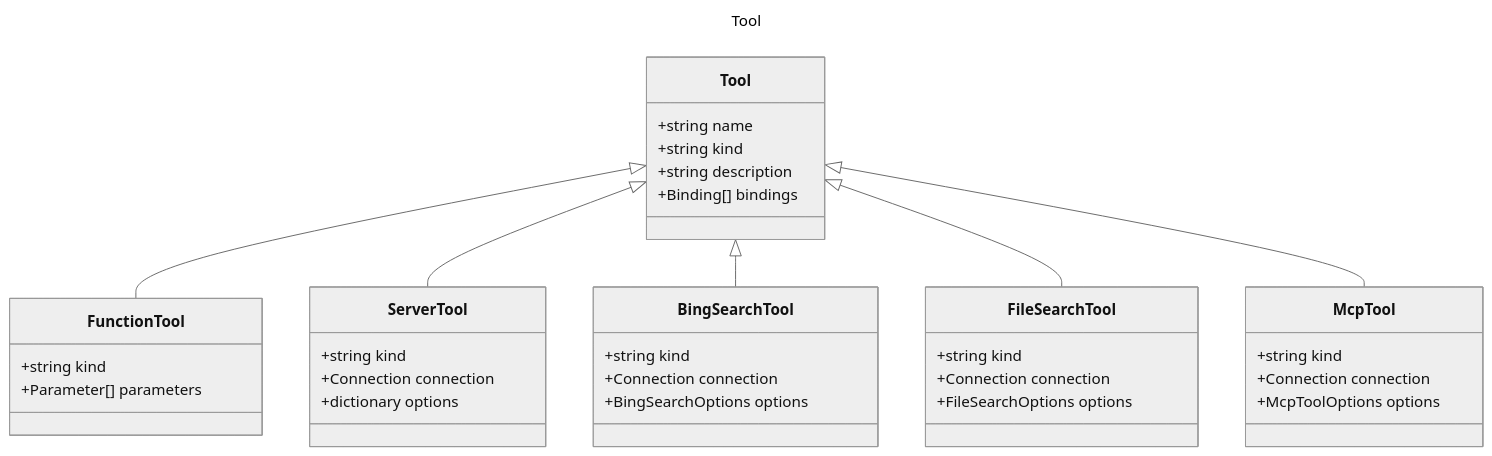
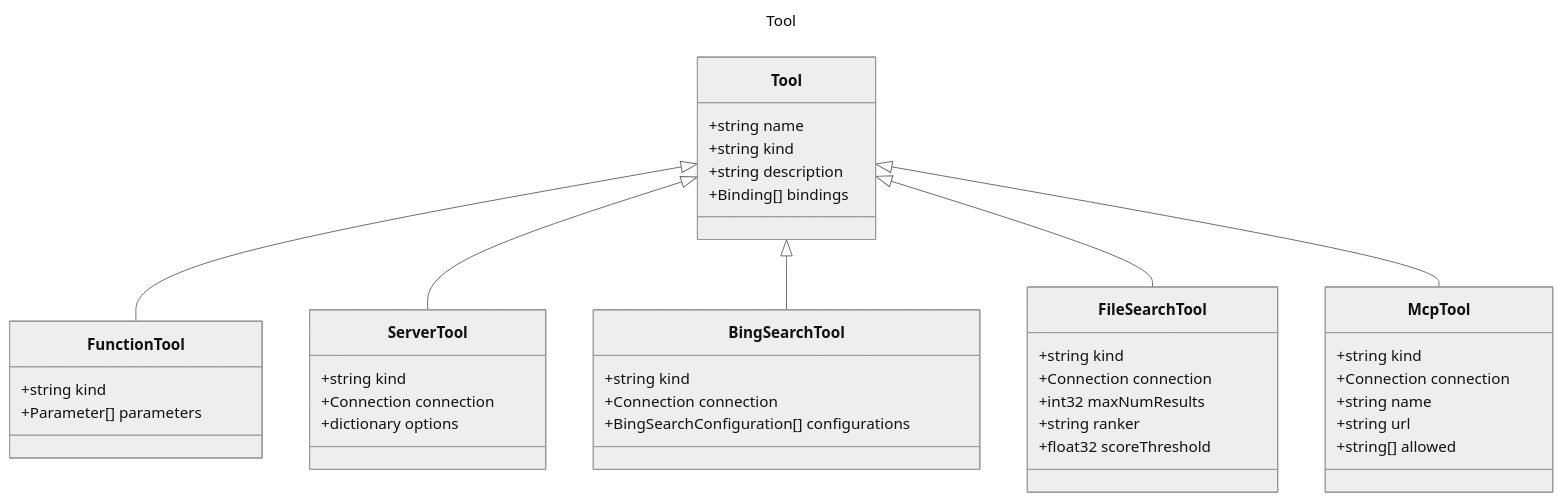
One commit to microsoft/prompty changed the diagram in specification/prompty/docs/Tool.md. Above: the diagram before and after it, drawn with Mermaid (neutral theme). The commit also changed 14 other files, not shown here.

````diff
--- a/specification/prompty/docs/Tool.md
+++ b/specification/prompty/docs/Tool.md
@@ -7,41 +7,45 @@
 ```mermaid
 ---
 title: Tool
 ---
 classDiagram
     class Tool {
         +string name
         +string kind
         +string description
         +Binding[] bindings
     }
     class FunctionTool {
         +string kind
         +Parameter[] parameters
     }
     Tool <|-- FunctionTool
     class ServerTool {
         +string kind
         +Connection connection
         +dictionary options
     }
     Tool <|-- ServerTool
     class BingSearchTool {
         +string kind
         +Connection connection
-        +BingSearchOptions options
+        +BingSearchConfiguration[] configurations
     }
     Tool <|-- BingSearchTool
     class FileSearchTool {
         +string kind
         +Connection connection
-        +FileSearchOptions options
+        +int32 maxNumResults
+        +string ranker
+        +float32 scoreThreshold
     }
     Tool <|-- FileSearchTool
     class McpTool {
         +string kind
         +Connection connection
-        +McpToolOptions options
+        +string name
+        +string url
+        +string[] allowed
     }
     Tool <|-- McpTool
 ```
````
